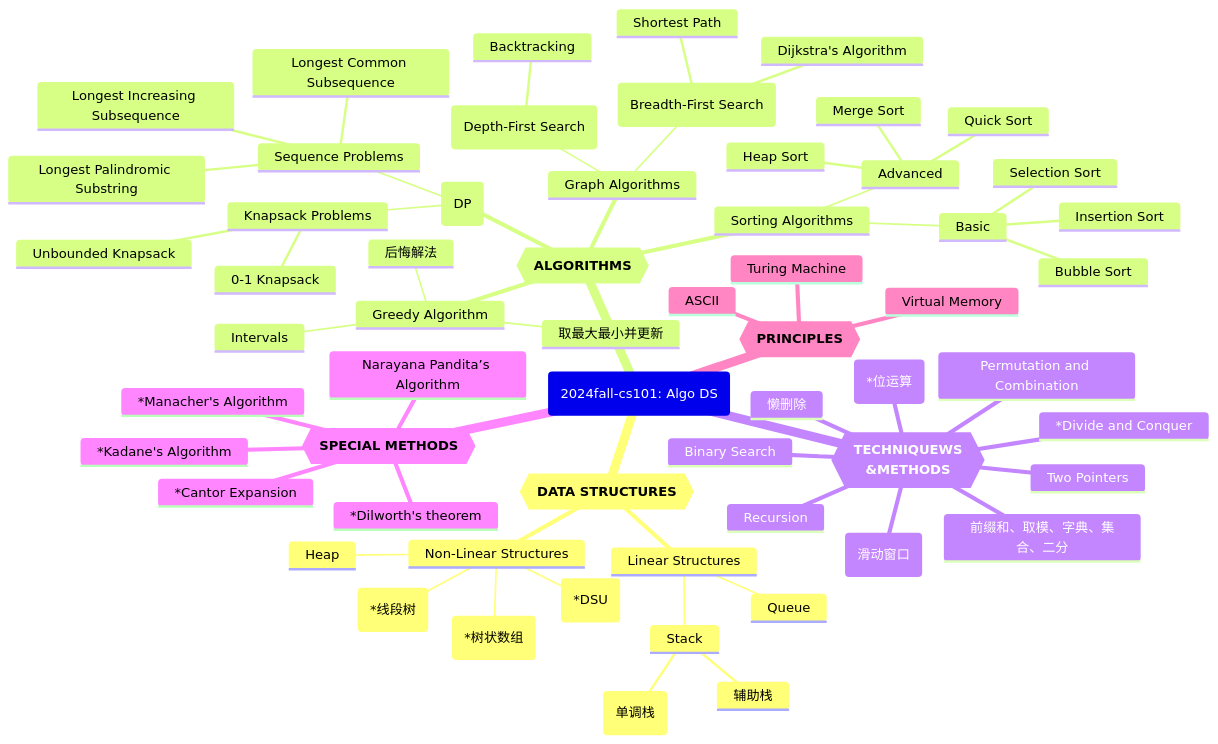
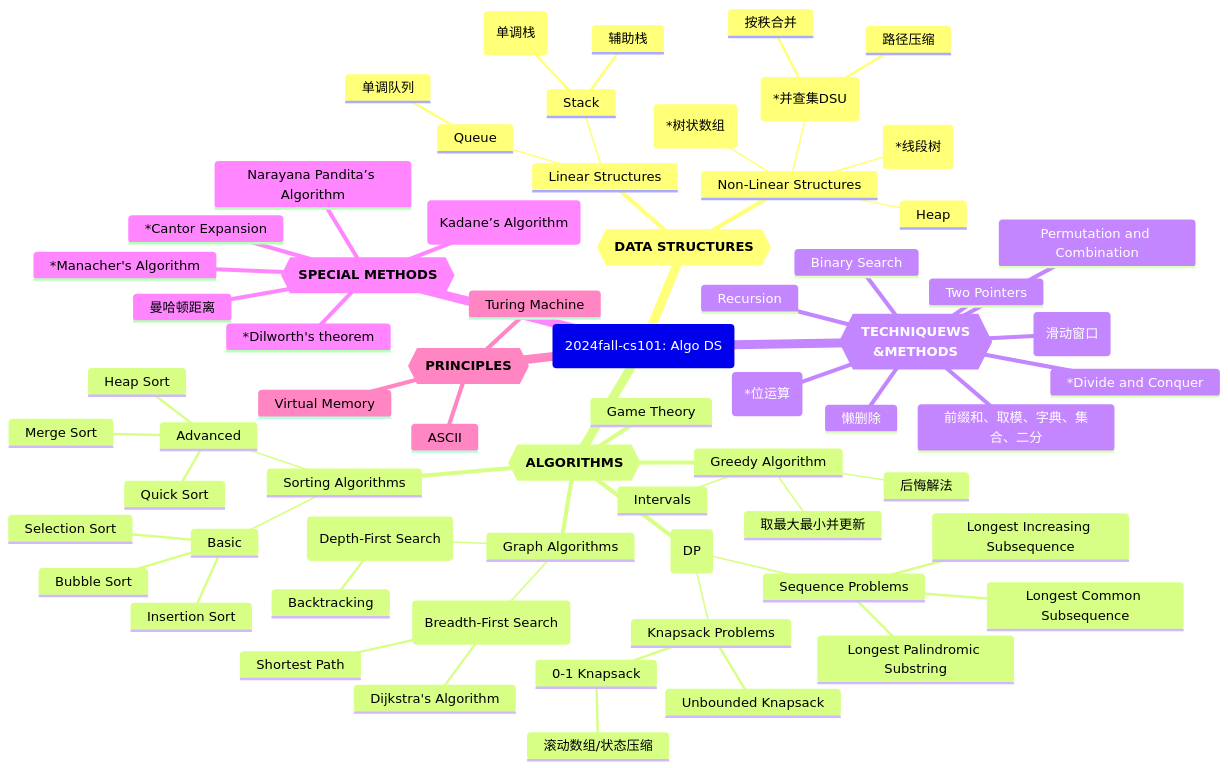
One commit to GMyhf/2024fall-cs101 changed the diagram in 20241203_knowledgeGraph_cs101-AlgoDS.md. Above: the diagram before and after it, drawn with Mermaid. The commit also changed other lines of this file, not shown here.

````diff
--- a/20241203_knowledgeGraph_cs101-AlgoDS.md
+++ b/20241203_knowledgeGraph_cs101-AlgoDS.md
@@ -19,68 +19,74 @@
 ```mermaid
 mindmap
   root (2024fall-cs101: Algo DS)
     Data Structures{{**DATA STRUCTURES**}}
     	Linear Structures
     		Stack
     			Monotonic Stack (单调栈)
     			辅助栈
     		Queue
+    			单调队列
     	Non-Linear Structures
     		Heap
     		Segment Tree(*线段树)
     		Binary Indexed Tree(*树状数组)
-    		Disjoint Set Union (*DSU)
+    		Disjoint Set Union (*并查集DSU)
+    			路径压缩
+    			按秩合并
     	
     Algorithms{{**ALGORITHMS**}}
     	Greedy Algorithm
     		Intervals
     		取最大最小并更新
     		后悔解法
     	Dynamic Programming (DP)
     		Knapsack Problems
     			0-1 Knapsack
+    				滚动数组/状态压缩
     			Unbounded Knapsack
     		Sequence Problems
     			Longest Common Subsequence
     			Longest Increasing Subsequence
     			Longest Palindromic Substring
     	Graph Algorithms			
     		DFS (Depth-First Search)
     			Backtracking
     		BFS (Breadth-First Search)
     			Shortest Path
     			Dijkstra's Algorithm
     	Sorting Algorithms
     		Basic
     			Bubble Sort
     			Selection Sort
     			Insertion Sort
     		Advanced
     			Merge Sort
     			Quick Sort
     			Heap Sort
+    	Game Theory
     Techniques & Methods{{**TECHNIQUEWS<br>&METHODS**}}
       *Divide and Conquer
       Recursion
       Binary Search
       Two Pointers
       Sliding Window(滑动窗口)
       Permutation and Combination
       Bit Manipulation (*位运算)
       前缀和、取模、字典、集合、二分
       懒删除
     Special Methods{{**SPECIAL METHODS**}}
-      *Kadane's Algorithm
+      Maximum Subarray Sum(Kadane’s Algorithm)
       *Manacher's Algorithm
       Narayana Pandita’s Algorithm
       *Cantor Expansion
       *Dilworth's theorem
+      曼哈顿距离
       
     Principles{{**PRINCIPLES**}}
       ASCII
       Virtual Memory
       Turing Machine
 			
       
 
 ```
````
